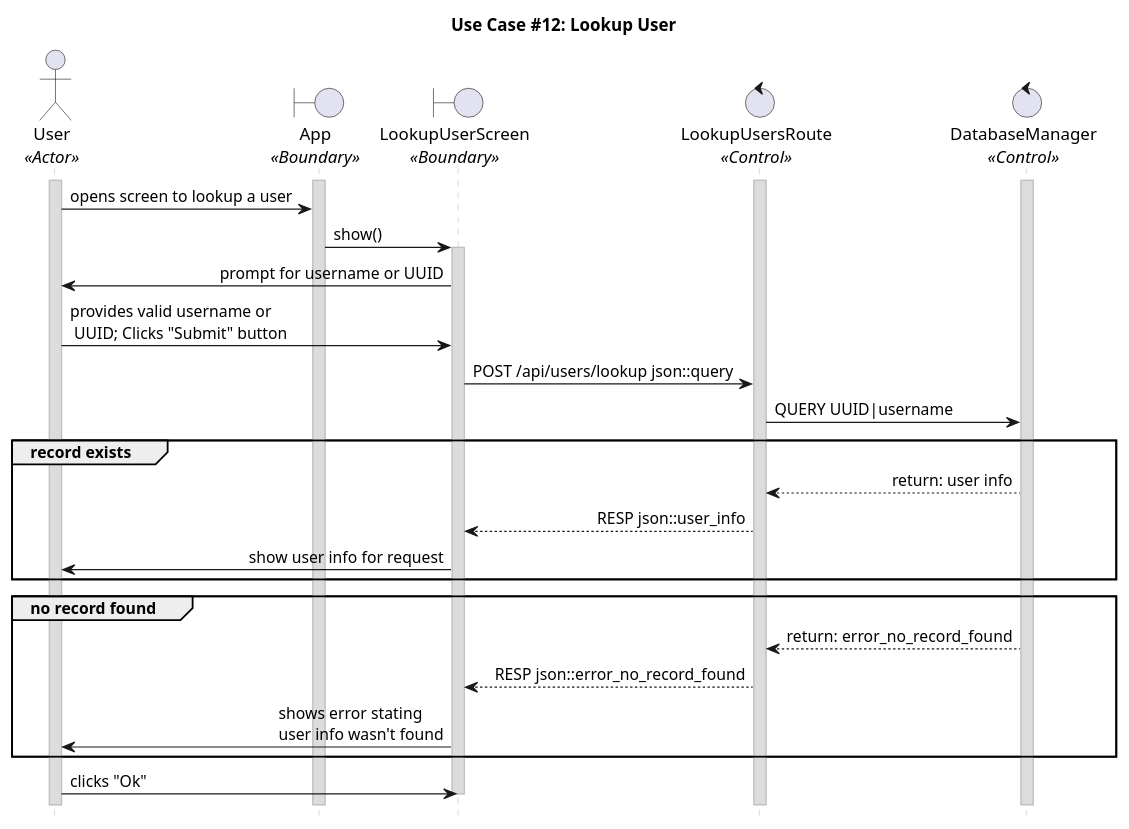
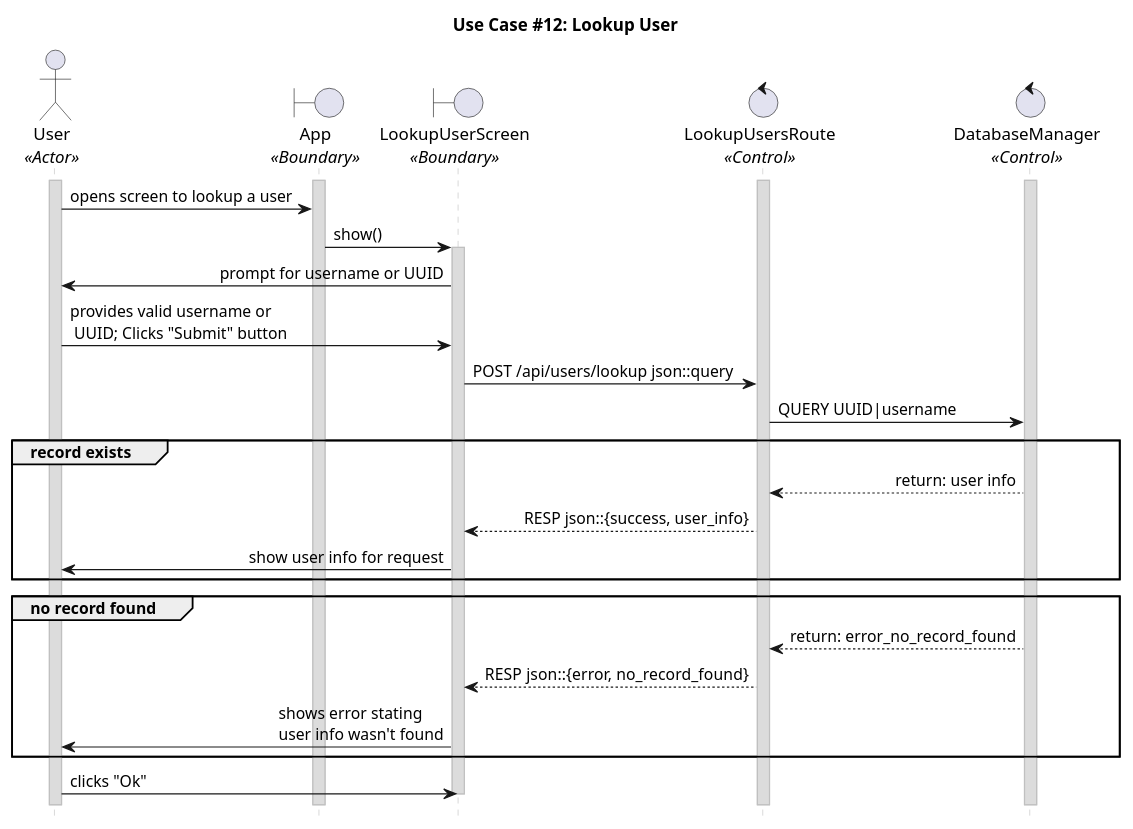
Before and after one commit to CECS-491-SP24-Group-1/seq-diagrams: the diagram in uc_12_group.puml, drawn with PlantUML. The commit also changed 5 other files, not shown here.

```diff
--- a/uc_12_group.puml
+++ b/uc_12_group.puml
@@ -1,58 +1,58 @@
 @startuml uc12_group
 title "Use Case #12: Lookup User"
 
 'Styling goes here
 hide footbox
 skinparam stereotypePosition bottom
 skinparam sequenceMessageAlign direction
 skinparam sequence {
 	LifeLineBorderColor #Silver
 	LifeLineBackgroundColor #Gainsboro
 }
 
 'Setup the objects involved here
 actor User as u <<Actor>>
 boundary App as a <<Boundary>>
 boundary LookupUserScreen as lus <<Boundary>>
 control LookupUsersRoute as lur <<Control>>
 control DatabaseManager as dbm <<Control>>
 
 'Setup persistent objects here
 activate u
 activate a
 activate lur
 activate dbm
 
 '--- FLOW OF CONTROL STARTS HERE ---
 'User sends UUID or username to server.
 u -> a: opens screen to lookup a user
 a -> lus: show()
 activate lus
 lus -> u: prompt for username or UUID
 u -> lus: provides valid username or\n UUID; Clicks "Submit" button
 
 'Server responds with user’s public key, username, and UUID.
 lus -> lur: POST /api/users/lookup json::query
 lur -> dbm: QUERY UUID|username
 
 group record exists
 
 	dbm --> lur: return: user info
-	lur --> lus: RESP json::user_info
+	lur --> lus: RESP json::{success, user_info}
 	lus -> u: show user info for request
 
 end
 group no record found
 
 	dbm --> lur: return: error_no_record_found
-	lur --> lus: RESP json::error_no_record_found
+	lur --> lus: RESP json::{error, no_record_found}
 	lus -> u: shows error stating \nuser info wasn't found
 
 end
 
 'Cleanup
 u -> lus: clicks "Ok"
 deactivate lus
 '--- FLOW OF CONTROL ENDS HERE   ---
 
 @enduml
```
